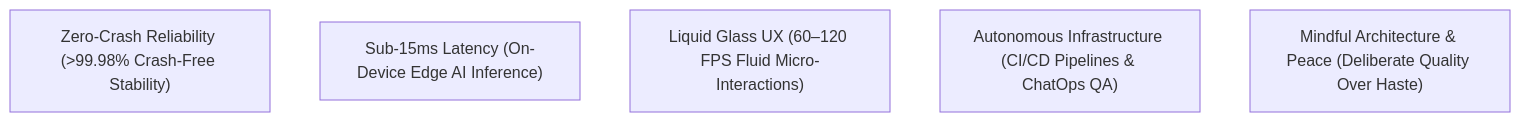
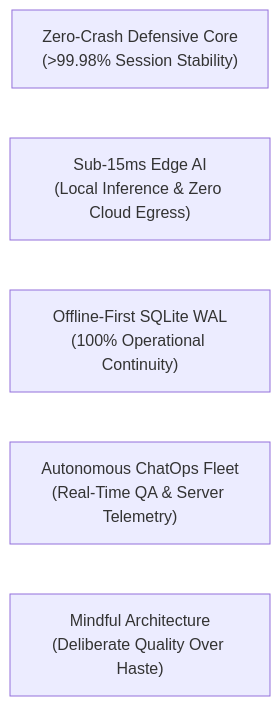
Before and after one commit to Brosfeer/Brosfeer: the diagram in README.md, drawn with Mermaid. The commit also changed other lines of this file, not shown here.

Commit message:
Docs(profile): Refactor Architecture Portfolio For High Signal Context And Dieter Rams Philosophy

````diff
--- a/README.md
+++ b/README.md
@@ -64,8 +53,8 @@
 ```mermaid
-flowchart TD
-    P1["Zero-Crash Reliability (>99.98% Crash-Free Stability)"]
-    P2["Sub-15ms Latency (On-Device Edge AI Inference)"]
-    P3["Liquid Glass UX (60–120 FPS Fluid Micro-Interactions)"]
-    P4["Autonomous Infrastructure (CI/CD Pipelines & ChatOps QA)"]
-    P5["Mindful Architecture & Peace (Deliberate Quality Over Haste)"]
+flowchart LR
+    P1["Zero-Crash Defensive Core\n(>99.98% Session Stability)"]
+    P2["Sub-15ms Edge AI\n(Local Inference & Zero Cloud Egress)"]
+    P3["Offline-First SQLite WAL\n(100% Operational Continuity)"]
+    P4["Autonomous ChatOps Fleet\n(Real-Time QA & Server Telemetry)"]
+    P5["Mindful Architecture\n(Deliberate Quality Over Haste)"]
 ```
````
